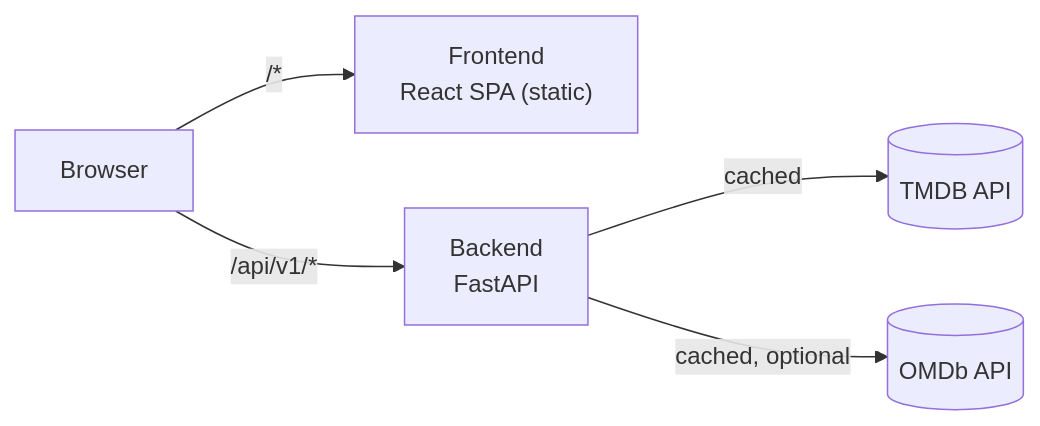
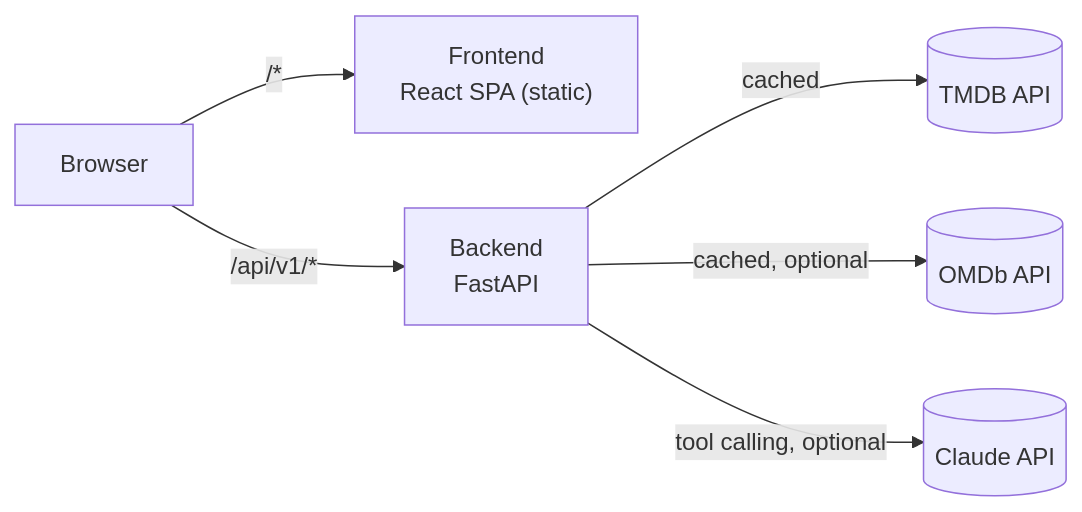
The diagram in README.md (Juanca632/movies_app), drawn with Mermaid before and after one commit. The commit also changed other lines of this file, not shown here.

````diff
--- a/README.md
+++ b/README.md
@@ -50,7 +52,8 @@
 ```mermaid
 flowchart LR
   B[Browser] -->|"/*"| F["Frontend<br/>React SPA (static)"]
   B -->|"/api/v1/*"| A["Backend<br/>FastAPI"]
   A -->|cached| T[(TMDB API)]
   A -->|cached, optional| O[(OMDb API)]
+  A -->|"tool calling, optional"| C[(Claude API)]
 ```
````
